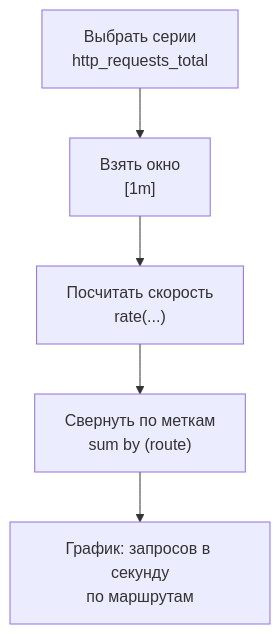
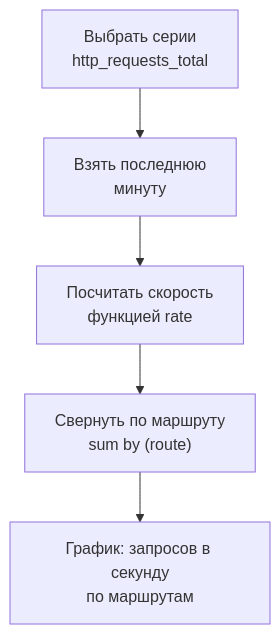
One commit to distinguished-sre/load-tester changed the first of 3 diagrams in 07-observability/02-promql.md. Above: the diagram before and after it, drawn with Mermaid. The commit also changed other lines of this file and 6 other files, not shown here.

````diff
--- a/07-observability/02-promql.md
+++ b/07-observability/02-promql.md
@@ -28,7 +30,7 @@
 ```mermaid
 flowchart TD
-    A["Выбрать серии<br>http_requests_total"] --> B["Взять окно<br>[1m]"]
-    B --> C["Посчитать скорость<br>rate(...)"]
-    C --> D["Свернуть по меткам<br>sum by (route)"]
+    A["Выбрать серии<br>http_requests_total"] --> B["Взять последнюю<br>минуту"]
+    B --> C["Посчитать скорость<br>функцией rate"]
+    C --> D["Свернуть по маршруту<br>sum by (route)"]
     D --> E["График: запросов в секунду<br>по маршрутам"]
 ```
````
